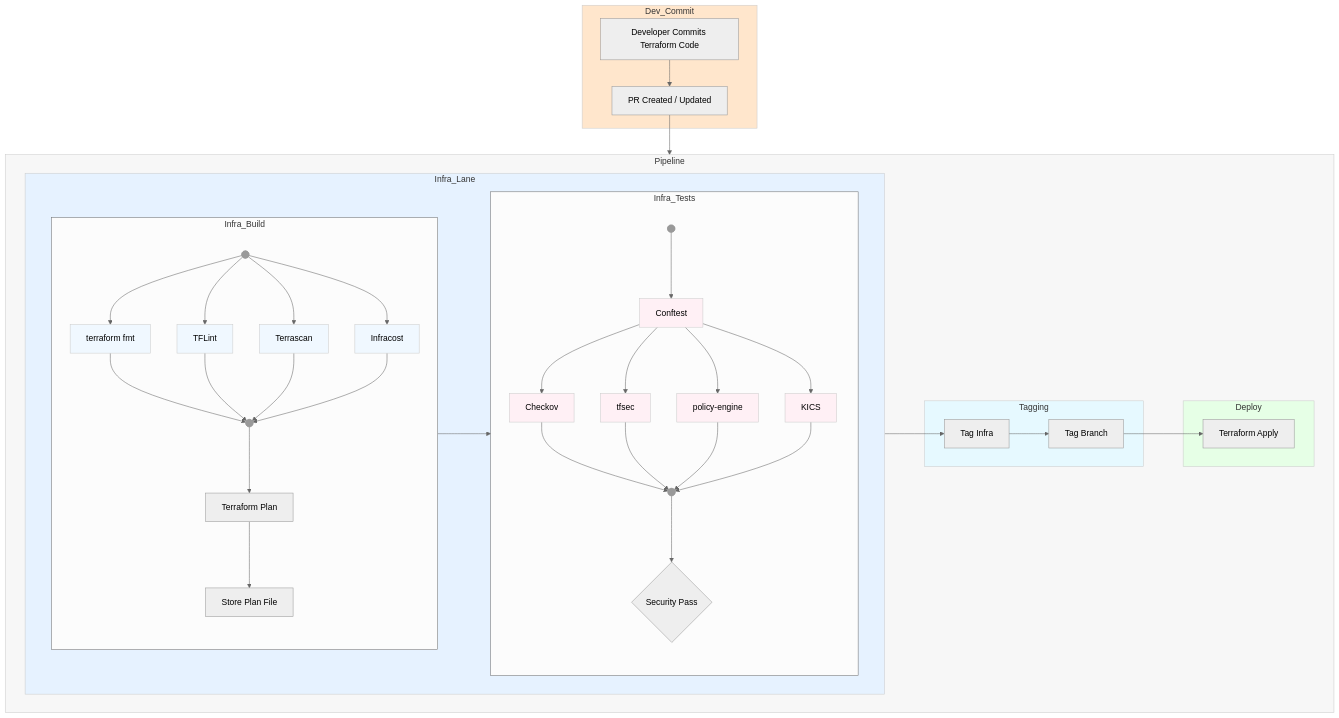
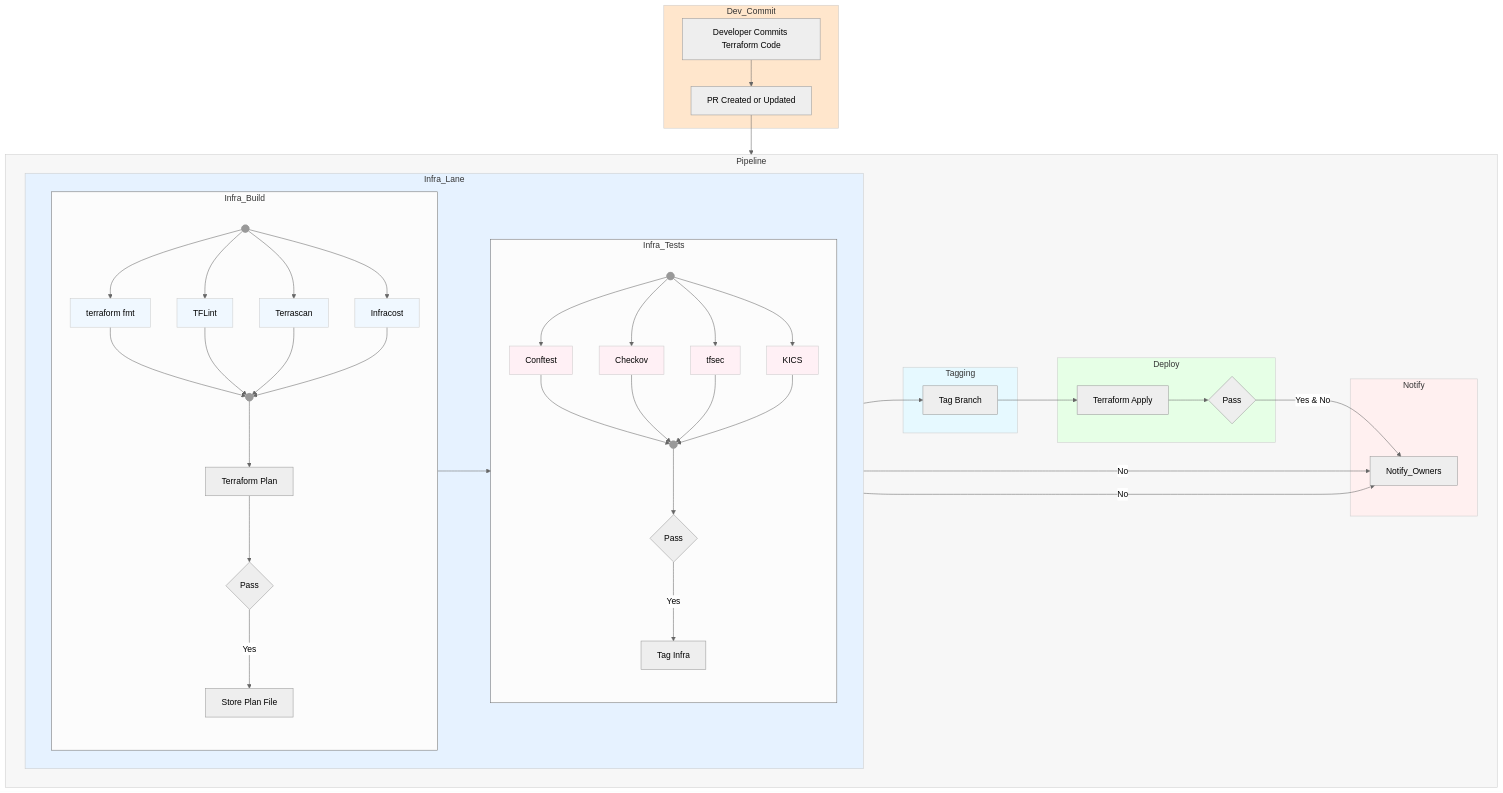
One commit to mindmorass/designs changed the diagram in pipelines/infra/terraform.md. Above: the diagram before and after it, drawn with Mermaid (neutral theme).

Commit message:
added notifications

````diff
--- a/pipelines/infra/terraform.md
+++ b/pipelines/infra/terraform.md
@@ -92,80 +92,87 @@
 %% ====================
 subgraph Dev_Commit
   DC1[Developer Commits Terraform Code]
-  DC2[PR Created / Updated]
+  DC2[PR Created or Updated]
   DC1 --> DC2
 end
 
 %% ====================
-%% Pipeline (Terraform Infra)
+%% Pipeline Terraform Infra
 %% ====================
 DC2 --> Pipeline
 subgraph Pipeline
 
   %% ====================
-  %% Infra Lane (Terraform)
+  %% Infra Lane Terraform
   %% ====================
   subgraph Infra_Lane
     direction LR
-    
-    %% Infra Build & Tests with Parallel Lint Tools
+
+    %% Infra Build and Tests
     subgraph Infra_Build
       direction TB
       LBJ@{ shape: f-circ, label: "Lint Junction" }
-      
+
       LBJ --> LTF[terraform fmt]
       LBJ --> LTL[TFLint]
       LBJ --> TRS[Terrascan]
       LBJ --> INC[Infracost]
-      
+
       LTF --> LMJ@{ shape: f-circ, label: "Lint Merge" }
       LTL --> LMJ
       TRS --> LMJ
       INC --> LMJ
-      
+
       LMJ --> IB2[Terraform Plan]
-      IB2 --> SR[Store Plan File]
+      IB2 --> BP{Pass}
+      BP -->|Yes| SR[Store Plan File]
     end
-    
-    %% Infra Security Tests with Parallel Security Tools
+
+    %% Infra Security Tests
     subgraph Infra_Tests
       direction TB
       SBJ@{ shape: f-circ, label: "Security Junction" }
-      
+
       SR --> SBJ
-      
-      %% Conftest as Parent
-      CON[Conftest]
-      CON --> CHK[Checkov]
-      CON --> TFS[tfsec]
-      CON --> PENG[policy‑engine]
-      CON --> KICS[KICS]
-      
-      SBJ --> CON
-      
+      SBJ --> CON[Conftest]
+      SBJ --> CHK[Checkov]
+      SBJ --> TFS[tfsec]
+      SBJ --> KICS[KICS]
+
       %% Merge all Security Checks
-      CHK --> SMJ@{ shape: f-circ, label: "Security Merge" }
+      CON --> SMJ@{ shape: f-circ, label: "Security Merge" }
+      CHK --> SMJ
       TFS --> SMJ
-      PENG --> SMJ
       KICS --> SMJ
-      
-      SMJ --> ISP{Security Pass}
+
+      SMJ --> ISP{Pass}
+      ISP -->|Yes| TG3[Tag Infra]
     end
+
   end
-  
+
   %% ====================
   %% Tagging
   %% ====================
   subgraph Tagging
-    ISP --> TG3[Tag Infra]
     TG3 --> TG4[Tag Branch]
   end
-  
+
   %% ====================
   %% Deploy
   %% ====================
   subgraph Deploy
     TG4 --> DP3[Terraform Apply]
+    DP3 --> DP_PASS{Pass}
+  end
+
+  %% ====================
+  %% Notifications 
+  %% ====================
+  subgraph Notify
+    DP_PASS -->|Yes & No| Notify_Owners
+    BP -->|No| Notify_Owners
+    ISP -->|No| Notify_Owners
   end
 
 end
@@ -178,25 +185,26 @@
 style Infra_Lane fill:#e6f2ff,stroke:#cccccc,stroke-width:1px
 style Tagging fill:#e6f9ff,stroke:#cccccc,stroke-width:1px
 style Deploy fill:#e6ffe6,stroke:#cccccc,stroke-width:1px
+style Notify fill:#fff0f0,stroke:#cccccc,stroke-width:1px
 
 classDef lint fill:#f0f8ff,stroke:#ccc,stroke-width:1px
 classDef security fill:#fff0f5,stroke:#ccc,stroke-width:1px
 
 class LTF,LTL,TRS,INC lint
-class CON,CHK,TFS,PENG,KICS security
+class CON,CHK,TFS,KICS security
 
 %% ====================
-%% Click Links
+%% Clickable Tool Links
 %% ====================
 click LTF "https://developer.hashicorp.com/terraform/cli/commands/fmt" "Terraform fmt Documentation"
 click LTL "https://github.com/terraform-linters/tflint" "TFLint Documentation"
 click TRS "https://github.com/tenable/terrascan" "Terrascan Documentation"
 click INC "https://github.com/infracost/infracost" "Infracost Documentation"
 
-click CON "https://www.openpolicyagent.org/docs/latest/conftest/" "Conftest Documentation"
+click CON "https://www.conftest.dev/" "Conftest Documentation"
 click CHK "https://www.checkov.io" "Checkov Documentation"
 click TFS "https://aquasecurity.github.io/tfsec/" "tfsec Documentation"
-click PENG "https://github.com/snyk/policy-engine" "policy‑engine Documentation"
 click KICS "https://github.com/Checkmarx/kics" "KICS Documentation"
 
+
 ```
````
